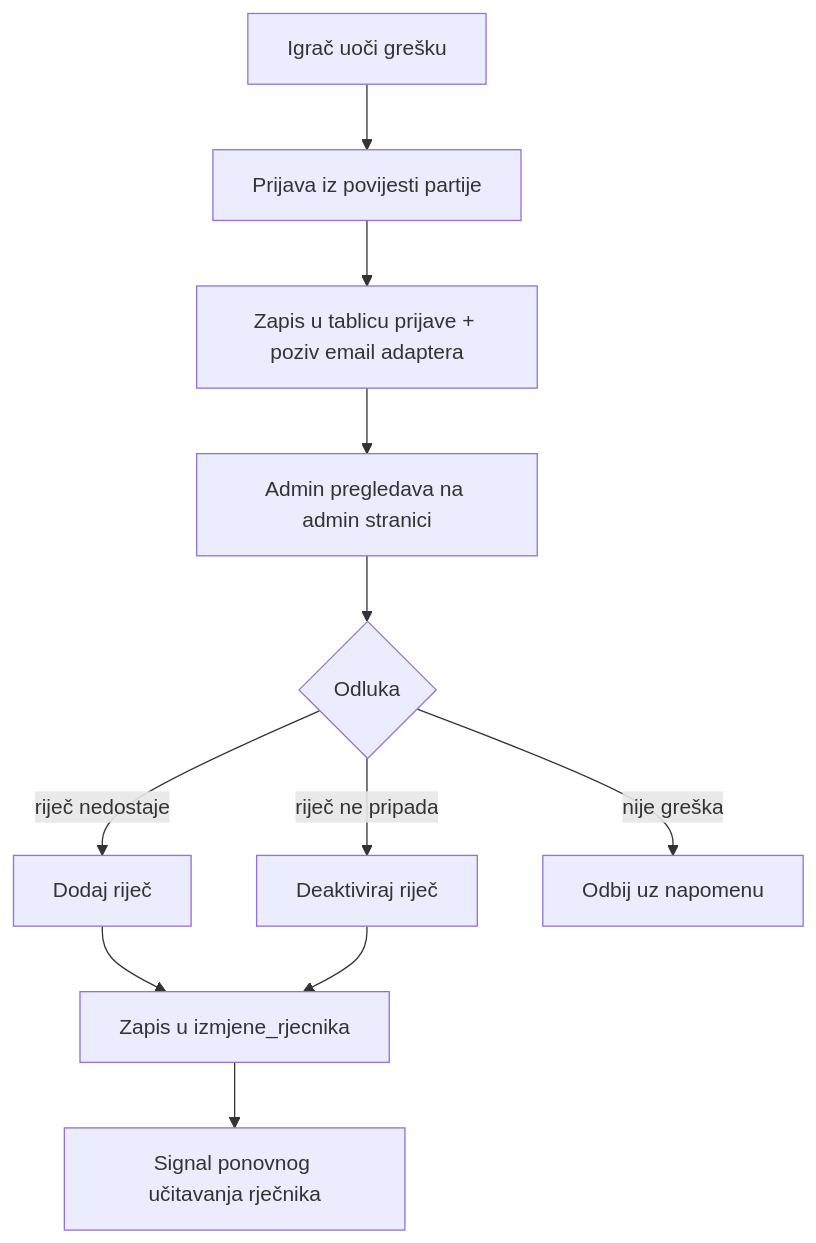
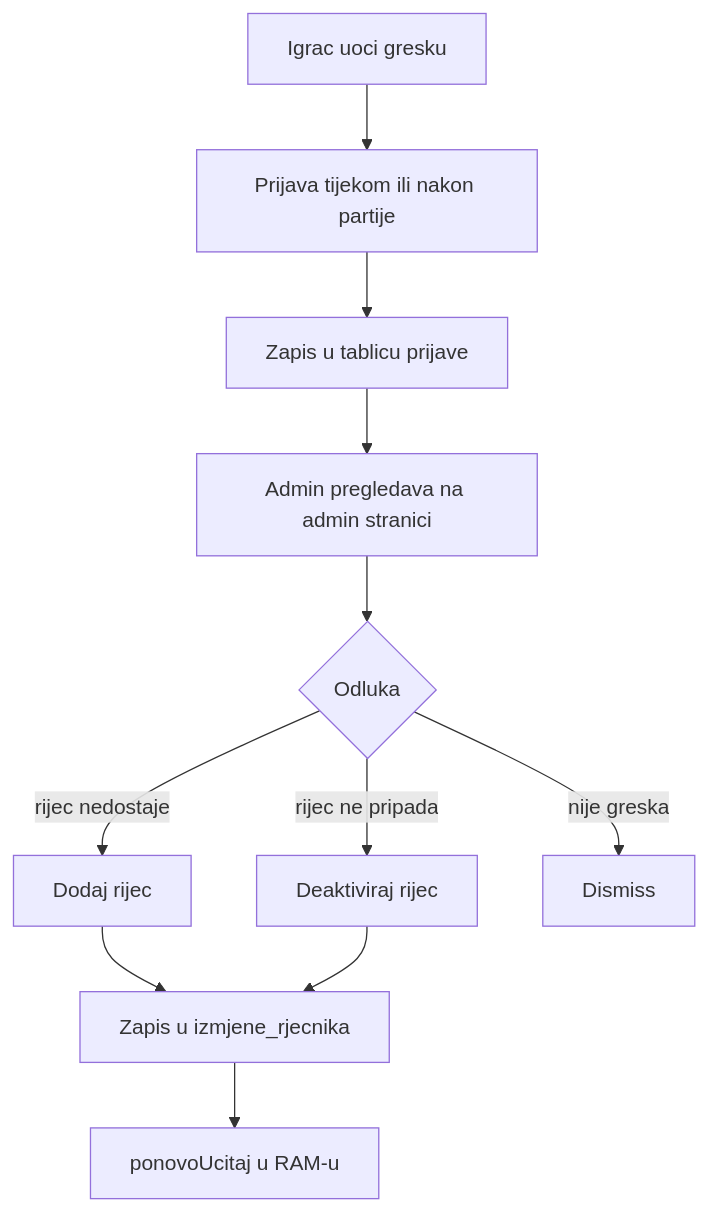
The diagram in docs/04-rjecnik/odrzavanje-rjecnika.md (josipmestrovic/kaladont), drawn with Mermaid before and after one commit. The commit also changed other lines of this file and 30 other files, not shown here.

First line of the commit message:
Omogućiti prijave riječi u partiji i admin obradu rječnika.

````diff
--- a/docs/04-rjecnik/odrzavanje-rjecnika.md
+++ b/docs/04-rjecnik/odrzavanje-rjecnika.md
@@ -7,13 +7,13 @@
 ```mermaid
 flowchart TD
-    A[Igrač uoči grešku] --> B[Prijava iz povijesti partije]
-    B --> C[Zapis u tablicu prijave + poziv email adaptera]
+    A[Igrac uoci gresku] --> B[Prijava tijekom ili nakon partije]
+    B --> C[Zapis u tablicu prijave]
     C --> D[Admin pregledava na admin stranici]
     D --> E{Odluka}
-    E -- riječ nedostaje --> F[Dodaj riječ]
-    E -- riječ ne pripada --> G[Deaktiviraj riječ]
-    E -- nije greška --> H[Odbij uz napomenu]
+    E -- rijec nedostaje --> F[Dodaj rijec]
+    E -- rijec ne pripada --> G[Deaktiviraj rijec]
+    E -- nije greska --> H[Dismiss]
     F --> I[Zapis u izmjene_rjecnika]
     G --> I
-    I --> J[Signal ponovnog učitavanja rječnika]
+    I --> J[ponovoUcitaj u RAM-u]
 ```
````
